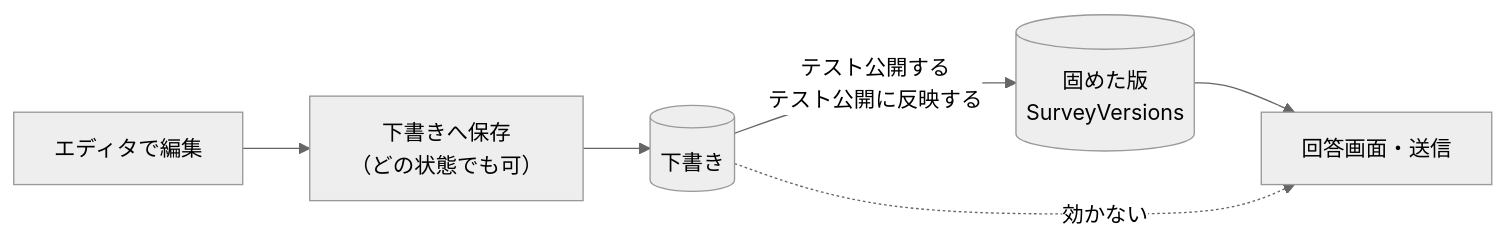
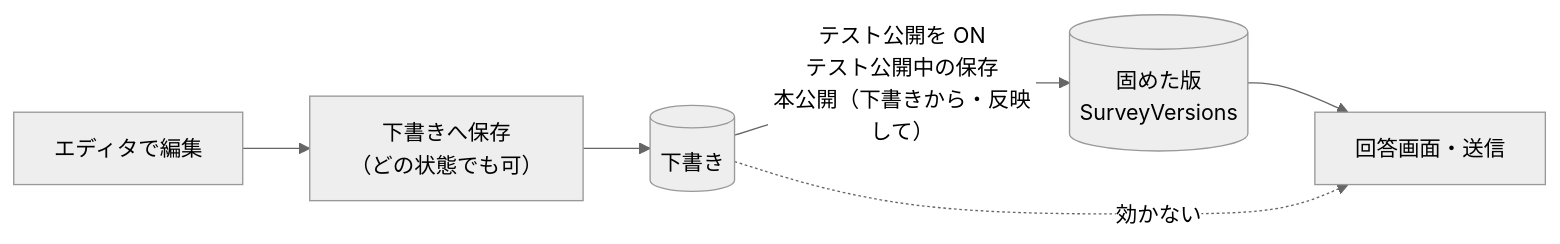
Before and after one commit to vehiclevisionjp/VehicleVision.PleasanterTools.Questionnaire: the second of 3 diagrams in _documents/アンケート公開状態-フロー.md, drawn with Mermaid (neutral theme). The commit also changed other lines of this file and 19 other files, not shown here.

````diff
--- a/_documents/アンケート公開状態-フロー.md
+++ b/_documents/アンケート公開状態-フロー.md
@@ -64,8 +86,8 @@
 ```mermaid
 flowchart LR
     E["エディタで編集"] --> S["下書きへ保存<br/>（どの状態でも可）"]
     S --> D[("下書き")]
-    D -- "テスト公開する<br/>テスト公開に反映する" --> V[("固めた版<br/>SurveyVersions")]
+    D -- "テスト公開を ON<br/>テスト公開中の保存<br/>本公開（下書きから・反映して）" --> V[("固めた版<br/>SurveyVersions")]
     V --> A["回答画面・送信"]
     D -. "効かない" .-> A
 ```
````
